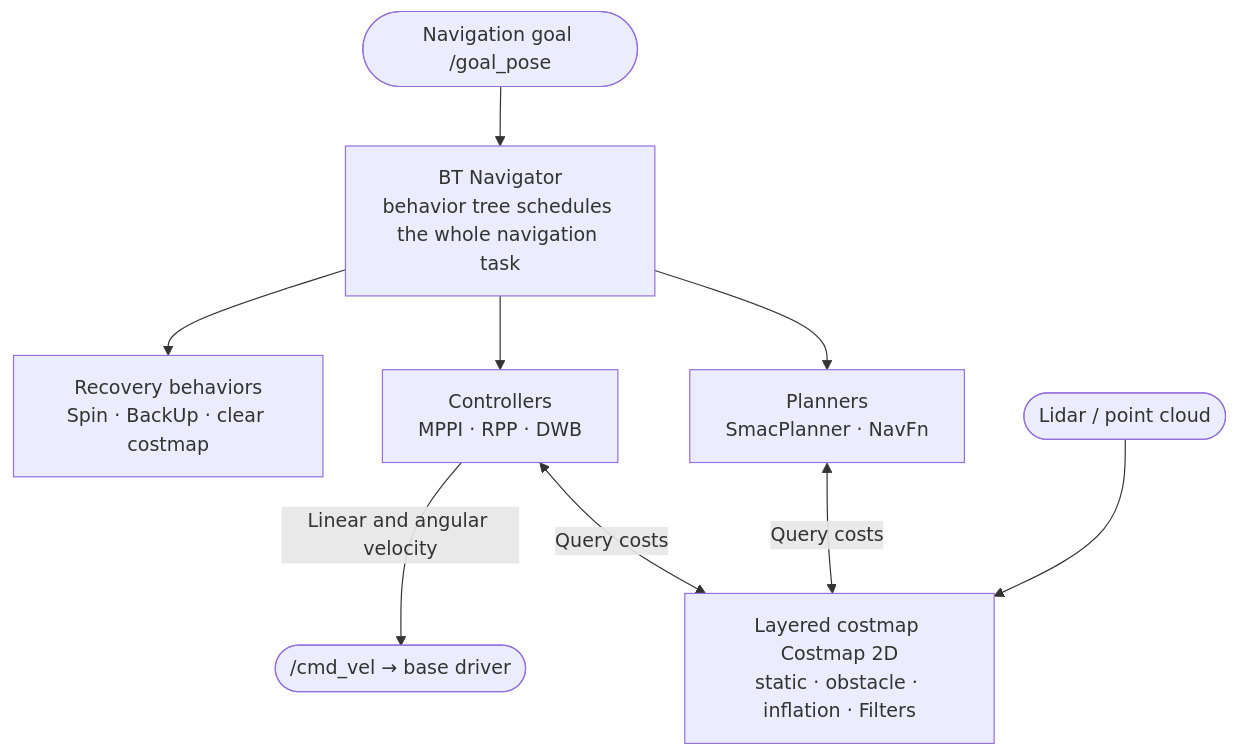
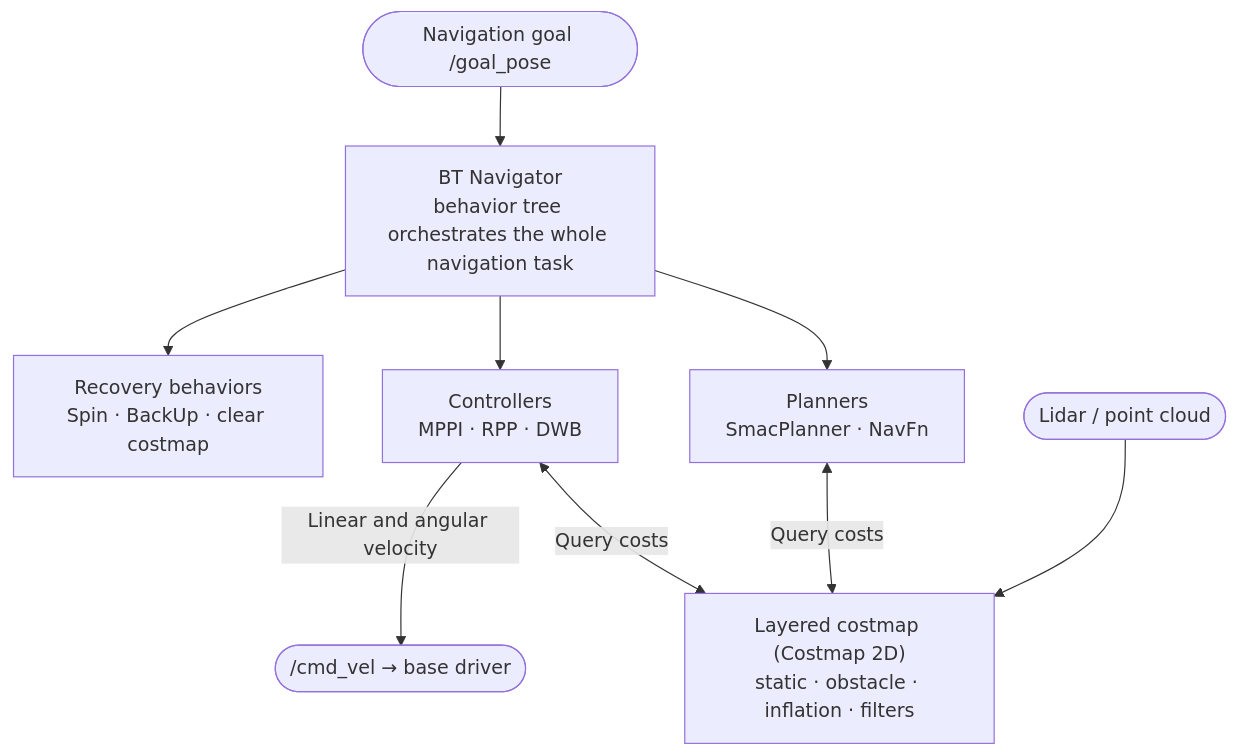
Before and after one commit to TingdeLiu/tingdeliu.github.io: diagram 17 of 21 in _translations/en/research/ROS2-Survey.md, drawn with Mermaid. The commit also changed other lines of this file and 51 other files, not shown here.

````diff
--- a/_translations/en/research/ROS2-Survey.md
+++ b/_translations/en/research/ROS2-Survey.md
@@ -956,11 +956,11 @@
 ```mermaid
 flowchart TB
-    GoalIn(["Navigation goal /goal_pose"]) --> BT_Nav["BT Navigator<br/>behavior tree schedules the whole navigation task"]
+    GoalIn(["Navigation goal /goal_pose"]) --> BT_Nav["BT Navigator<br/>behavior tree orchestrates the whole navigation task"]
     BT_Nav --> Planners["Planners<br/>SmacPlanner · NavFn"]
     BT_Nav --> Controllers["Controllers<br/>MPPI · RPP · DWB"]
     BT_Nav --> Behaviors["Recovery behaviors<br/>Spin · BackUp · clear costmap"]
-    Planners <-->|Query costs| Costmaps["Layered costmap Costmap 2D<br/>static · obstacle · inflation · Filters"]
+    Planners <-->|Query costs| Costmaps["Layered costmap (Costmap 2D)<br/>static · obstacle · inflation · filters"]
     Controllers <-->|Query costs| Costmaps
     SensorsIn(["Lidar / point cloud"]) --> Costmaps
     Controllers -->|Linear and angular velocity| CmdVel(["/cmd_vel → base driver"])
 ```
````
